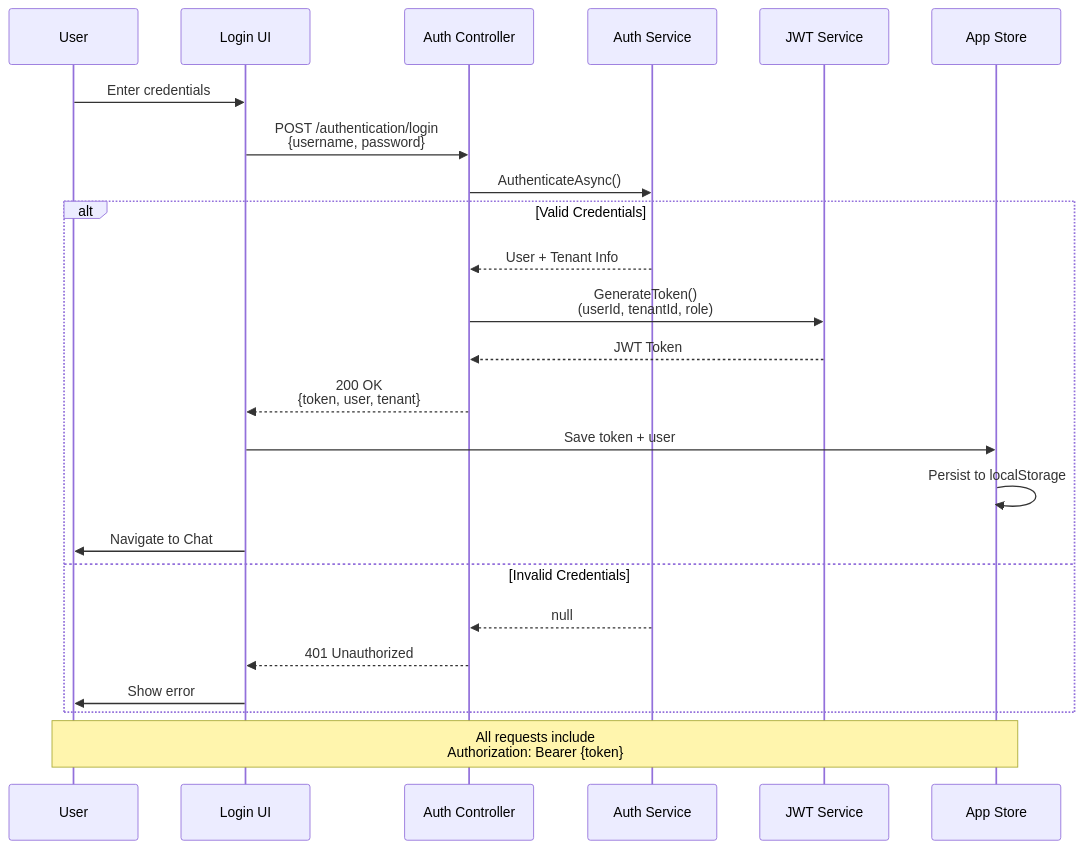
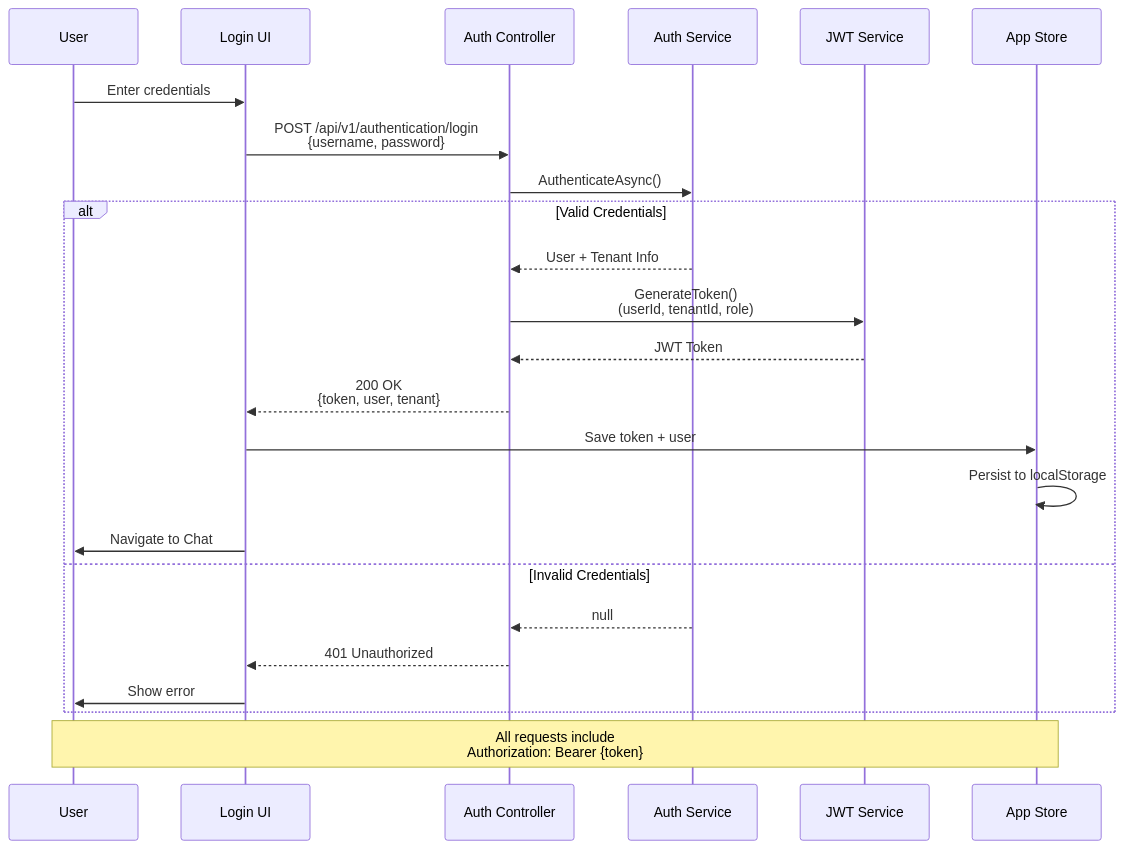
The second of 6 diagrams in README.md (objectgyan/rag-poc-dotnet-qdrant), drawn with Mermaid before and after one commit. The commit also changed other lines of this file, not shown here.

First line of the commit message:
Fix API endpoint paths in documentation

````diff
--- a/README.md
+++ b/README.md
@@ -148,29 +148,29 @@
 ```mermaid
 sequenceDiagram
     participant User
     participant Login as Login UI
     participant API as Auth Controller
     participant AuthSvc as Auth Service
     participant JWT as JWT Service
     participant Store as App Store
 
     User->>Login: Enter credentials
-    Login->>API: POST /authentication/login<br/>{username, password}
+    Login->>API: POST /api/v1/authentication/login<br/>{username, password}
     API->>AuthSvc: AuthenticateAsync()
     
     alt Valid Credentials
         AuthSvc-->>API: User + Tenant Info
         API->>JWT: GenerateToken()<br/>(userId, tenantId, role)
         JWT-->>API: JWT Token
         API-->>Login: 200 OK<br/>{token, user, tenant}
         Login->>Store: Save token + user
         Store->>Store: Persist to localStorage
         Login->>User: Navigate to Chat
     else Invalid Credentials
         AuthSvc-->>API: null
         API-->>Login: 401 Unauthorized
         Login->>User: Show error
     end
 
     Note over User,Store: All requests include<br/>Authorization: Bearer {token}
 ```
````
